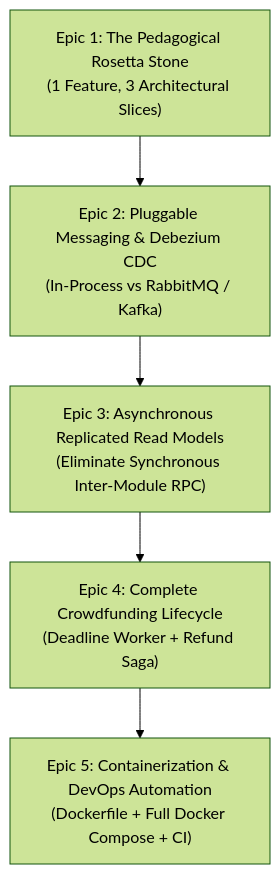
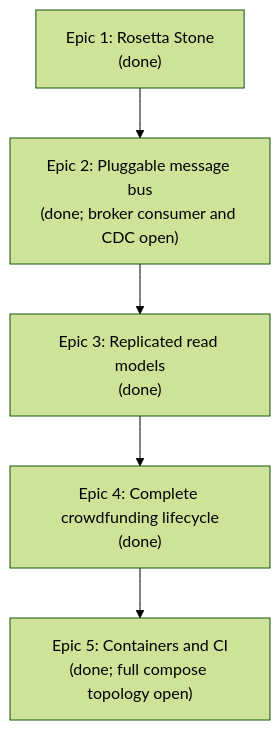
The diagram in educational/03-engineering-spec-and-roadmap/transformation-spec.md (maysamgamini/crowdfundinghub), drawn with Mermaid (forest theme) before and after one commit. The commit also changed other lines of this file and 203 other files, not shown here.

````diff
--- a/educational/03-engineering-spec-and-roadmap/transformation-spec.md
+++ b/educational/03-engineering-spec-and-roadmap/transformation-spec.md
@@ -11,10 +11,10 @@
 ```mermaid
 graph TD
-    Epic1["Epic 1: The Pedagogical Rosetta Stone<br/>(1 Feature, 3 Architectural Slices)"]
-    Epic2["Epic 2: Pluggable Messaging & Debezium CDC<br/>(In-Process vs RabbitMQ / Kafka)"]
-    Epic3["Epic 3: Asynchronous Replicated Read Models<br/>(Eliminate Synchronous Inter-Module RPC)"]
-    Epic4["Epic 4: Complete Crowdfunding Lifecycle<br/>(Deadline Worker + Refund Saga)"]
-    Epic5["Epic 5: Containerization & DevOps Automation<br/>(Dockerfile + Full Docker Compose + CI)"]
+    Epic1["Epic 1: Rosetta Stone<br/>(done)"]
+    Epic2["Epic 2: Pluggable message bus<br/>(done; broker consumer and CDC open)"]
+    Epic3["Epic 3: Replicated read models<br/>(done)"]
+    Epic4["Epic 4: Complete crowdfunding lifecycle<br/>(done)"]
+    Epic5["Epic 5: Containers and CI<br/>(done; full compose topology open)"]
 
     Epic1 --> Epic2 --> Epic3 --> Epic4 --> Epic5
 ```
````
